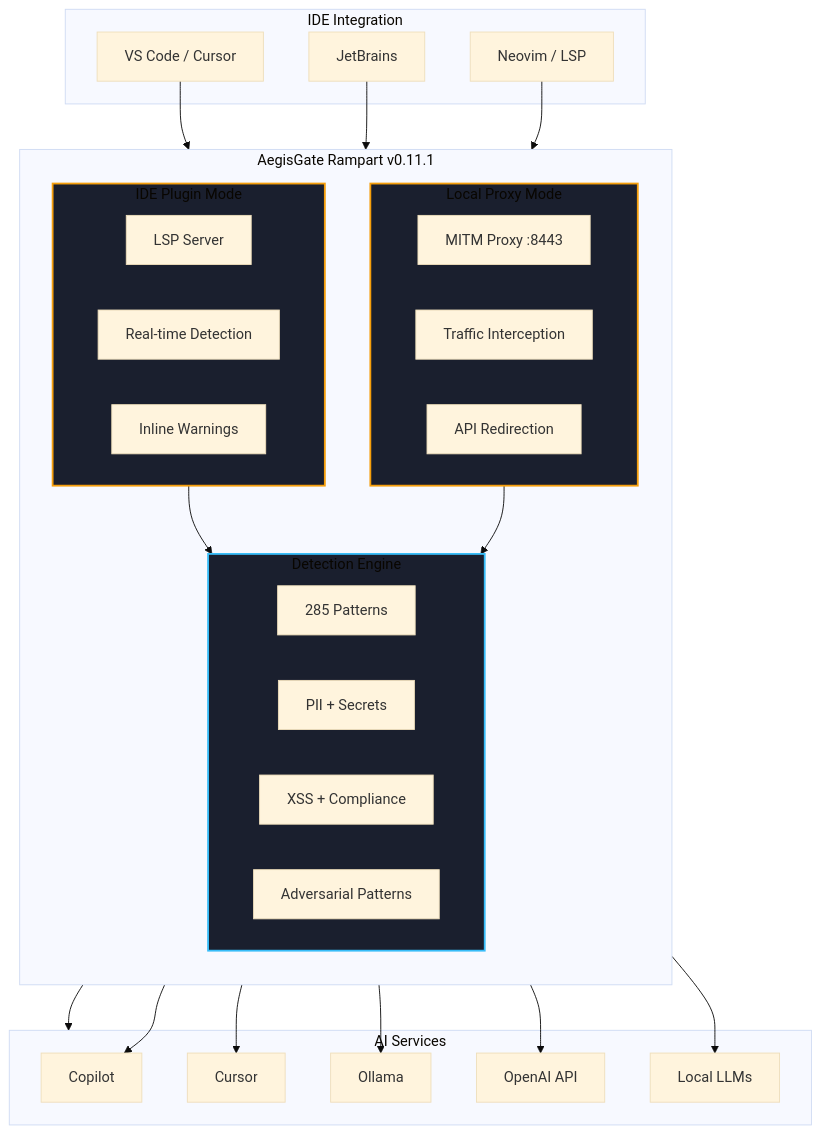
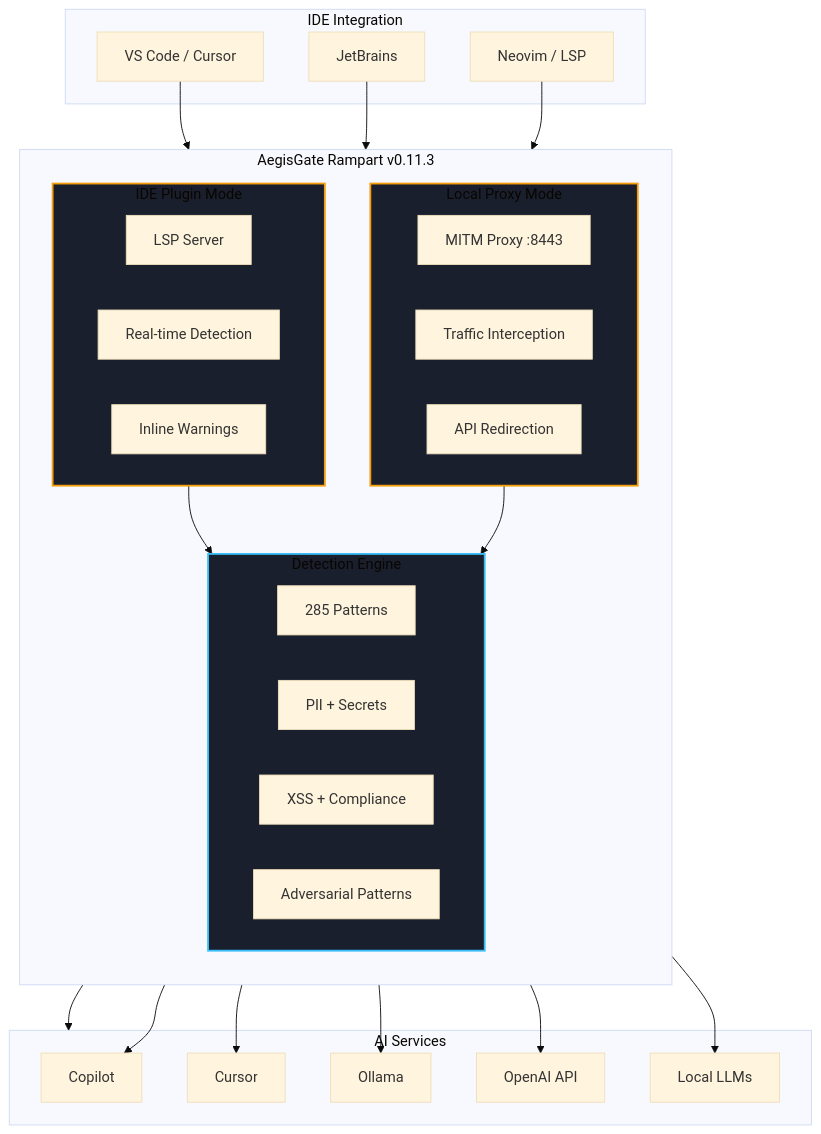
One commit to aegisgatesecurity/aegisgate-site changed the first of 3 diagrams in content/rampart/_index.md. Above: the diagram before and after it, drawn with Mermaid (base theme). The commit also changed other lines of this file and 15 other files, not shown here.

```diff
--- a/content/rampart/_index.md
+++ b/content/rampart/_index.md
@@ -82,57 +82,57 @@
 {{< mermaid >}}
 flowchart TD
     subgraph IDE["IDE Integration"]
         VS[VS Code / Cursor]
         JB[JetBrains]
         NV[Neovim / LSP]
     end
 
-    subgraph Rampart["AegisGate Rampart v0.11.1"]
+    subgraph Rampart["AegisGate Rampart v0.11.3"]
         direction TB
         
         subgraph PluginMode["IDE Plugin Mode"]
             PM1[LSP Server]
             PM2[Real-time Detection]
             PM3[Inline Warnings]
         end
         
         subgraph ProxyMode["Local Proxy Mode"]
             PX1[MITM Proxy :8443]
             PX2[Traffic Interception]
             PX3[API Redirection]
         end
         
         subgraph Engine["Detection Engine"]
             E1[285 Patterns]
             E2[PII + Secrets]
             E3[XSS + Compliance]
             E4[Adversarial Patterns]
         end
     end
 
     subgraph AI["AI Services"]
         A[Copilot]
         B[Cursor]
         C[Ollama]
         D[OpenAI API]
         E[Local LLMs]
     end
 
     VS --> PluginMode
     JB --> PluginMode
     NV --> PluginMode
     
     PluginMode --> Engine
     ProxyMode --> Engine
     
     PluginMode --> AI
     ProxyMode --> A
     ProxyMode --> B
     ProxyMode --> C
     ProxyMode --> D
     ProxyMode --> E
 
     style PluginMode fill:#1a1f2e,stroke:#f59e0b,stroke-width:2px
     style ProxyMode fill:#1a1f2e,stroke:#f59e0b,stroke-width:2px
     style Engine fill:#1a1f2e,stroke:#38bdf8,stroke-width:2px
 {{< /mermaid >}}
```
